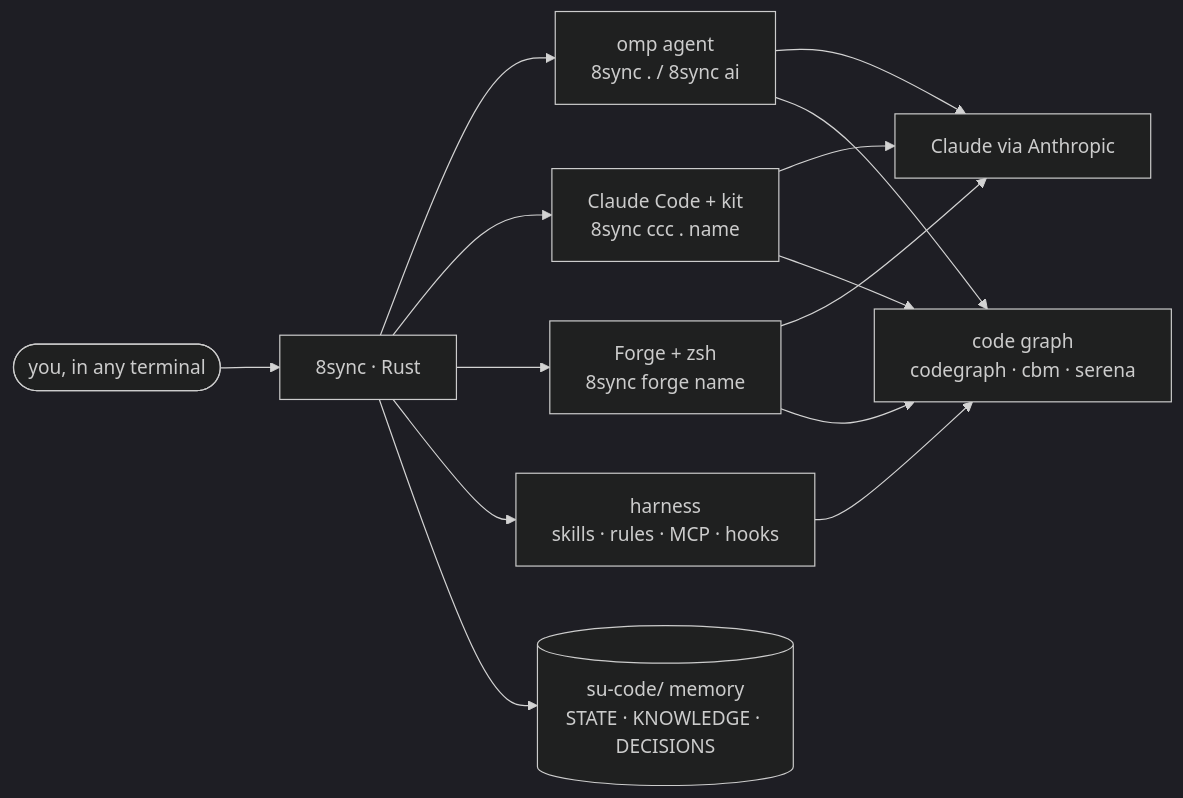
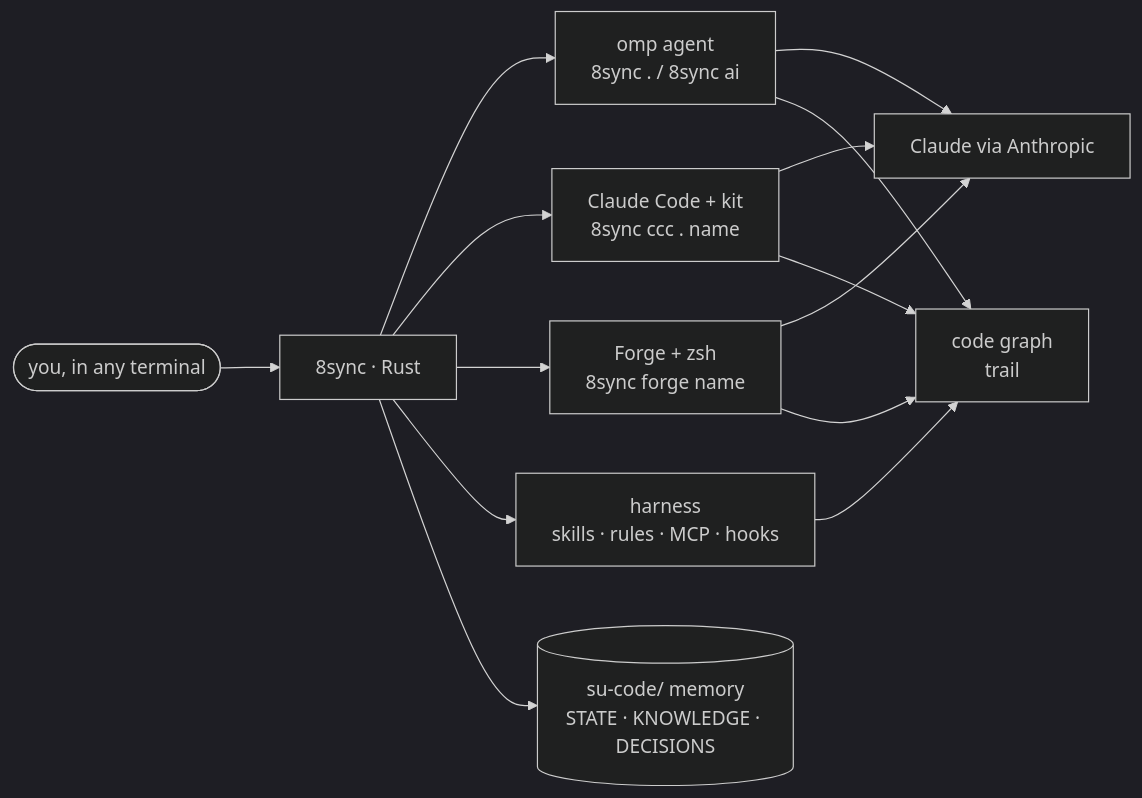
The diagram in README.md (8-Sync-Dev/8sync), drawn with Mermaid (dark theme) before and after one commit. The commit also changed other lines of this file and 133 other files, not shown here.

First line of the commit message:
feat(harness): STEP 0 = Trail-code; remove codegraph, codebase-memory-mcp, serena (#230)

````diff
--- a/README.md
+++ b/README.md
@@ -56,16 +56,16 @@
 ```mermaid
 flowchart LR
   U([you, in any terminal]) --> X[8sync · Rust]
   X --> O[omp agent<br/>8sync . / 8sync ai]
   X --> K[Claude Code + kit<br/>8sync ccc . name]
   X --> F[Forge + zsh<br/>8sync forge name]
   X --> H[harness<br/>skills · rules · MCP · hooks]
   X --> M[(su-code/ memory<br/>STATE · KNOWLEDGE · DECISIONS)]
   O --> C[Claude via Anthropic]
   K --> C
   F --> C
-  H --> G[code graph<br/>codegraph · cbm · serena]
+  H --> G[code graph<br/>trail]
   O --> G
   K --> G
   F --> G
 ```
````
